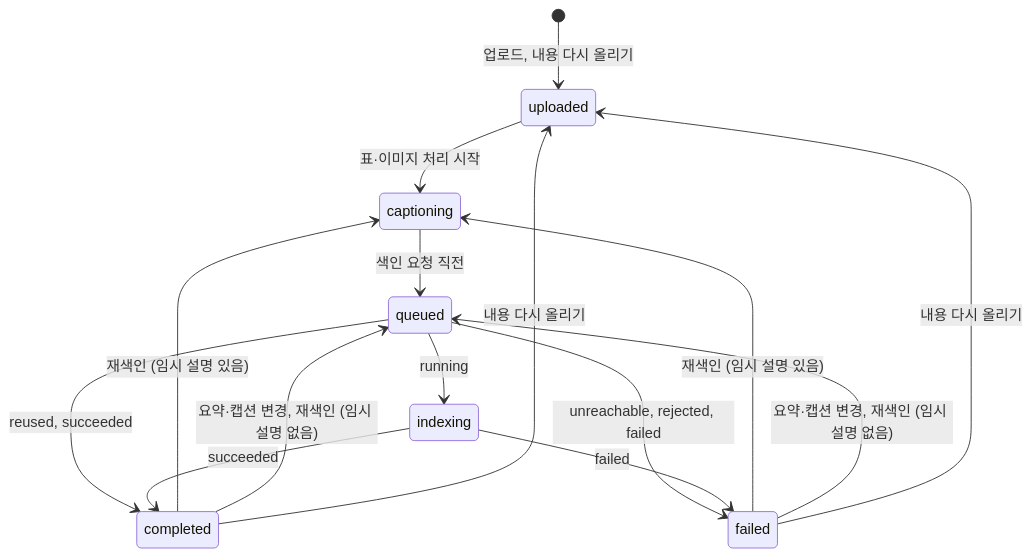
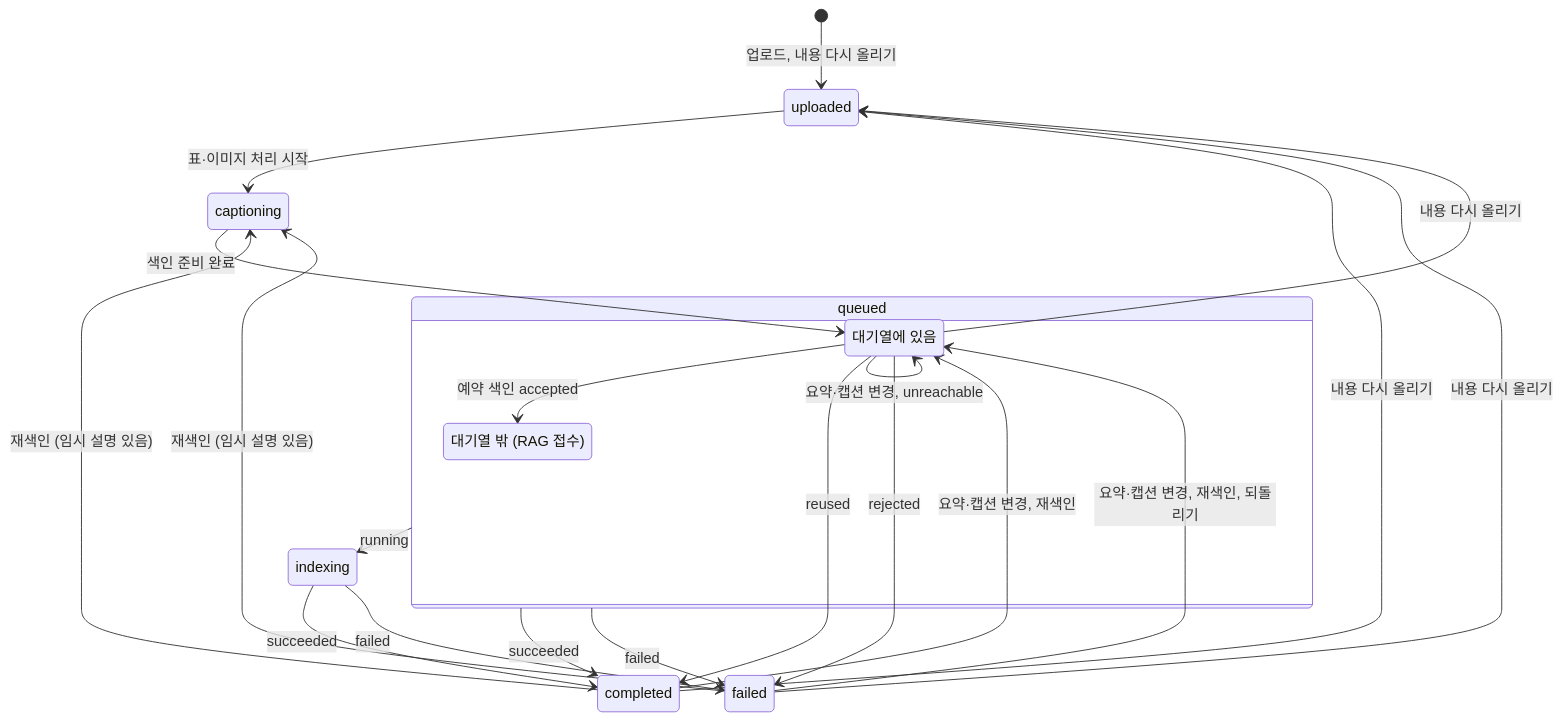
One commit to victor7-aquila/minerva changed the third of 3 diagrams in apps/backend/src/documents/MODULE.md. Above: the diagram before and after it, drawn with Mermaid. The commit also changed other lines of this file and 14 other files, not shown here.

````diff
--- a/apps/backend/src/documents/MODULE.md
+++ b/apps/backend/src/documents/MODULE.md
@@ -511,17 +571,26 @@
 ```mermaid
 stateDiagram-v2
     [*] --> uploaded: 업로드, 내용 다시 올리기
     uploaded --> captioning: 표·이미지 처리 시작
     completed --> captioning: 재색인 (임시 설명 있음)
     failed --> captioning: 재색인 (임시 설명 있음)
-    captioning --> queued: 색인 요청 직전
-    completed --> queued: 요약·캡션 변경, 재색인 (임시 설명 없음)
-    failed --> queued: 요약·캡션 변경, 재색인 (임시 설명 없음)
-    queued --> completed: reused, succeeded
-    queued --> failed: unreachable, rejected, failed
+    state queued {
+        inQueue: 대기열에 있음
+        atRag: 대기열 밖 (RAG 접수)
+        inQueue --> atRag: 예약 색인 accepted
+    }
+    captioning --> inQueue: 색인 준비 완료
+    completed --> inQueue: 요약·캡션 변경, 재색인
+    failed --> inQueue: 요약·캡션 변경, 재색인, 되돌리기
+    inQueue --> inQueue: 요약·캡션 변경, unreachable
+    inQueue --> uploaded: 내용 다시 올리기
+    inQueue --> completed: reused
+    inQueue --> failed: rejected
     queued --> indexing: running
+    queued --> completed: succeeded
+    queued --> failed: failed
     indexing --> completed: succeeded
     indexing --> failed: failed
     completed --> uploaded: 내용 다시 올리기
     failed --> uploaded: 내용 다시 올리기
 ```
````
